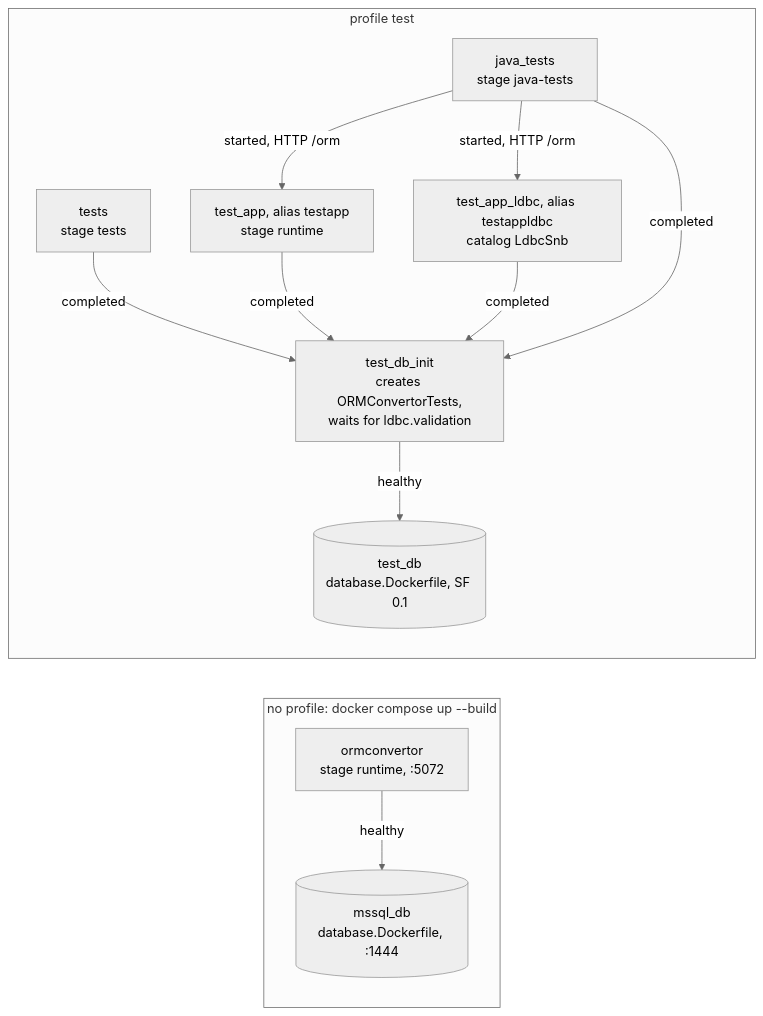
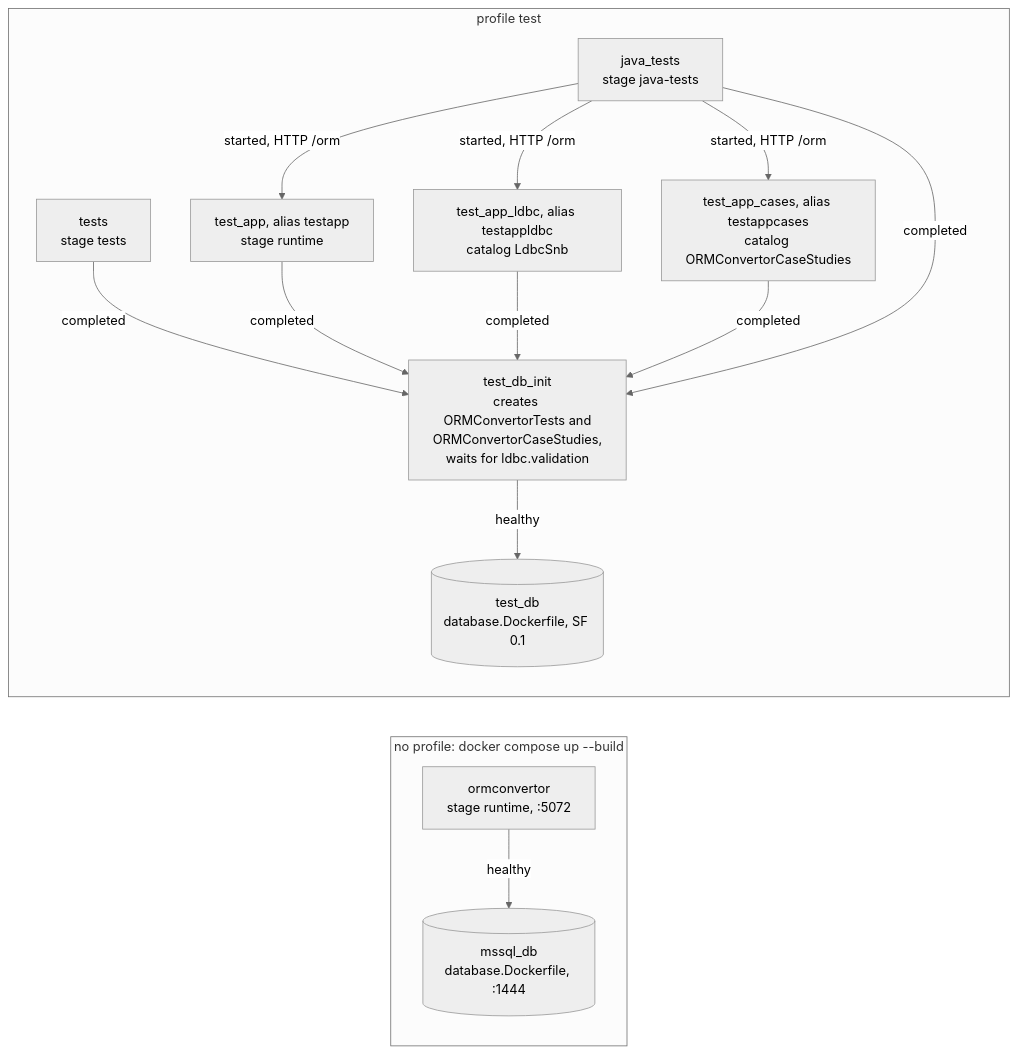
Before and after one commit to MiraStochel/orm-convertor: the first of 2 diagrams in ORMConvertor/README.md, drawn with Mermaid (neutral theme). The commit also changed other lines of this file and 40 other files, not shown here.

Commit message:
Case-study schemas as excerpts in their own database; the case study runs at the fourth level

````diff
--- a/ORMConvertor/README.md
+++ b/ORMConvertor/README.md
@@ -30,23 +30,26 @@
 ```mermaid
 flowchart LR
   subgraph sys["no profile: docker compose up --build"]
     app["ormconvertor<br/>stage runtime, :5072"]
     db[("mssql_db<br/>database.Dockerfile, :1444")]
   end
   subgraph tst["profile test"]
     tdb[("test_db<br/>database.Dockerfile, SF 0.1")]
-    init["test_db_init<br/>creates ORMConvertorTests,<br/>waits for ldbc.validation"]
+    init["test_db_init<br/>creates ORMConvertorTests and<br/>ORMConvertorCaseStudies,<br/>waits for ldbc.validation"]
     tests["tests<br/>stage tests"]
     tapp["test_app, alias testapp<br/>stage runtime"]
     tappl["test_app_ldbc, alias testappldbc<br/>catalog LdbcSnb"]
+    tappc["test_app_cases, alias testappcases<br/>catalog ORMConvertorCaseStudies"]
     jt["java_tests<br/>stage java-tests"]
   end
   app -- healthy --> db
   init -- healthy --> tdb
   tests -- completed --> init
   tapp -- completed --> init
   tappl -- completed --> init
+  tappc -- completed --> init
   jt -- completed --> init
   jt -- "started, HTTP /orm" --> tapp
   jt -- "started, HTTP /orm" --> tappl
+  jt -- "started, HTTP /orm" --> tappc
 ```
````
